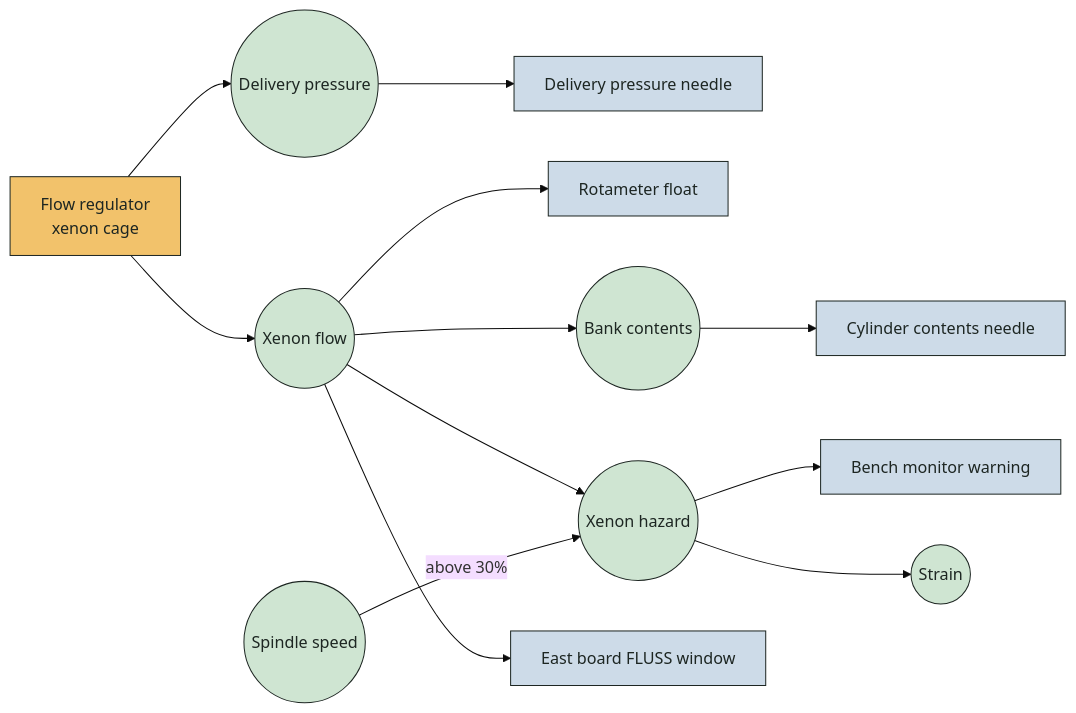
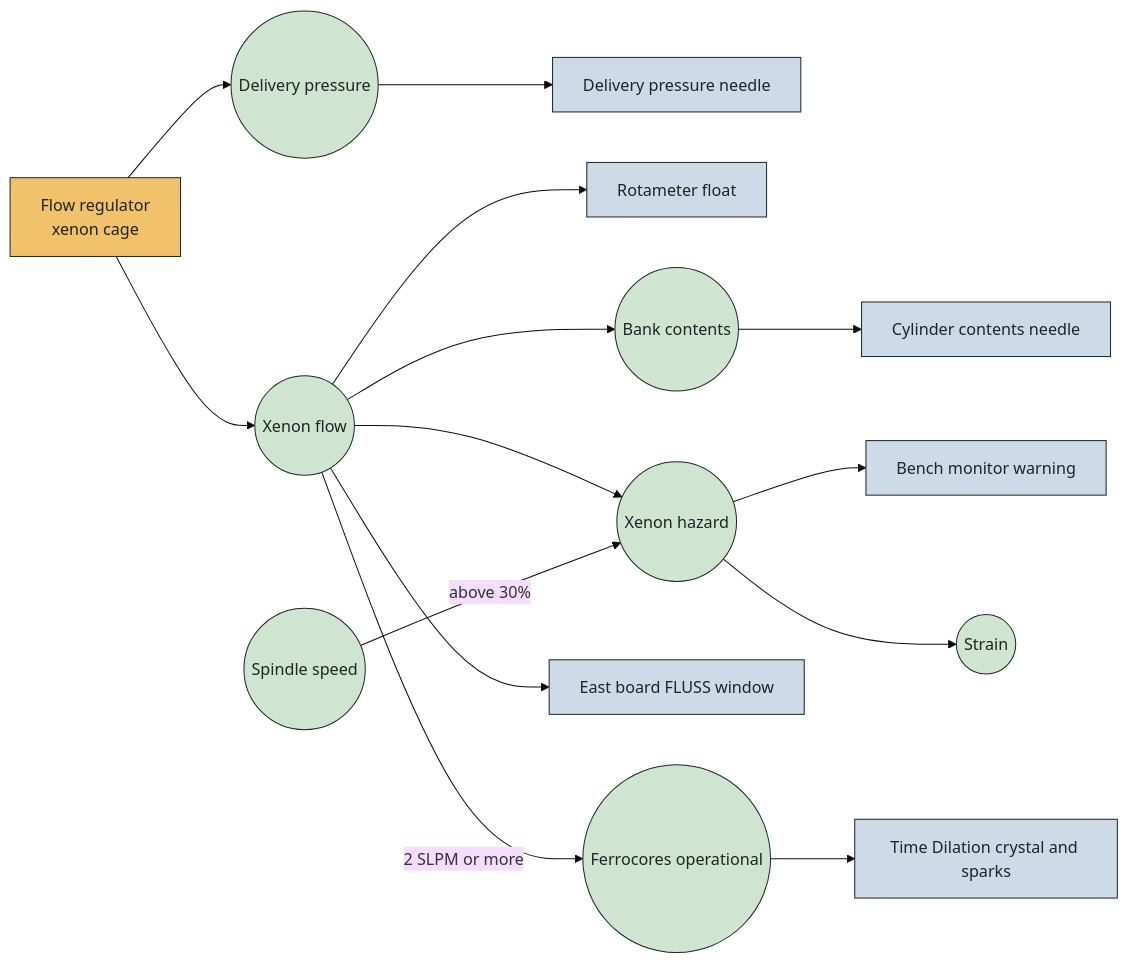
The fourth of 5 diagrams in doc/design/control-graph.md (trebizondoculpepper/vx3_simulator), drawn with Mermaid (base theme) before and after one commit. The commit also changed other lines of this file and 10 other files, not shown here.

````diff
--- a/doc/design/control-graph.md
+++ b/doc/design/control-graph.md
@@ -117,18 +127,20 @@
 ```mermaid
 flowchart LR
 classDef input fill:#f2c26b,stroke:#1d2622,color:#1d2622
 classDef state fill:#cfe5d2,stroke:#1d2622,color:#1d2622
 classDef ind fill:#cddbe8,stroke:#1d2622,color:#1d2622
 REG["Flow regulator<br/>xenon cage"]:::input --> FLOW(("Xenon flow")):::state
 REG --> PRES(("Delivery pressure")):::state
 PRES --> PN["Delivery pressure needle"]:::ind
 FLOW --> FLT["Rotameter float"]:::ind
 FLOW --> CONT(("Bank contents")):::state
 CONT --> CN["Cylinder contents needle"]:::ind
 FLOW --> HAZ(("Xenon hazard")):::state
 SPIN(("Spindle speed")):::state -- "above 30%" --> HAZ
 HAZ --> WARN["Bench monitor warning"]:::ind
 HAZ --> STRAIN(("Strain")):::state
 FLOW --> FL["East board FLUSS window"]:::ind
+FLOW -- "2 SLPM or more" --> OPS(("Ferrocores operational")):::state
+OPS --> CRY["Time Dilation crystal and sparks"]:::ind
   
 ```
````
